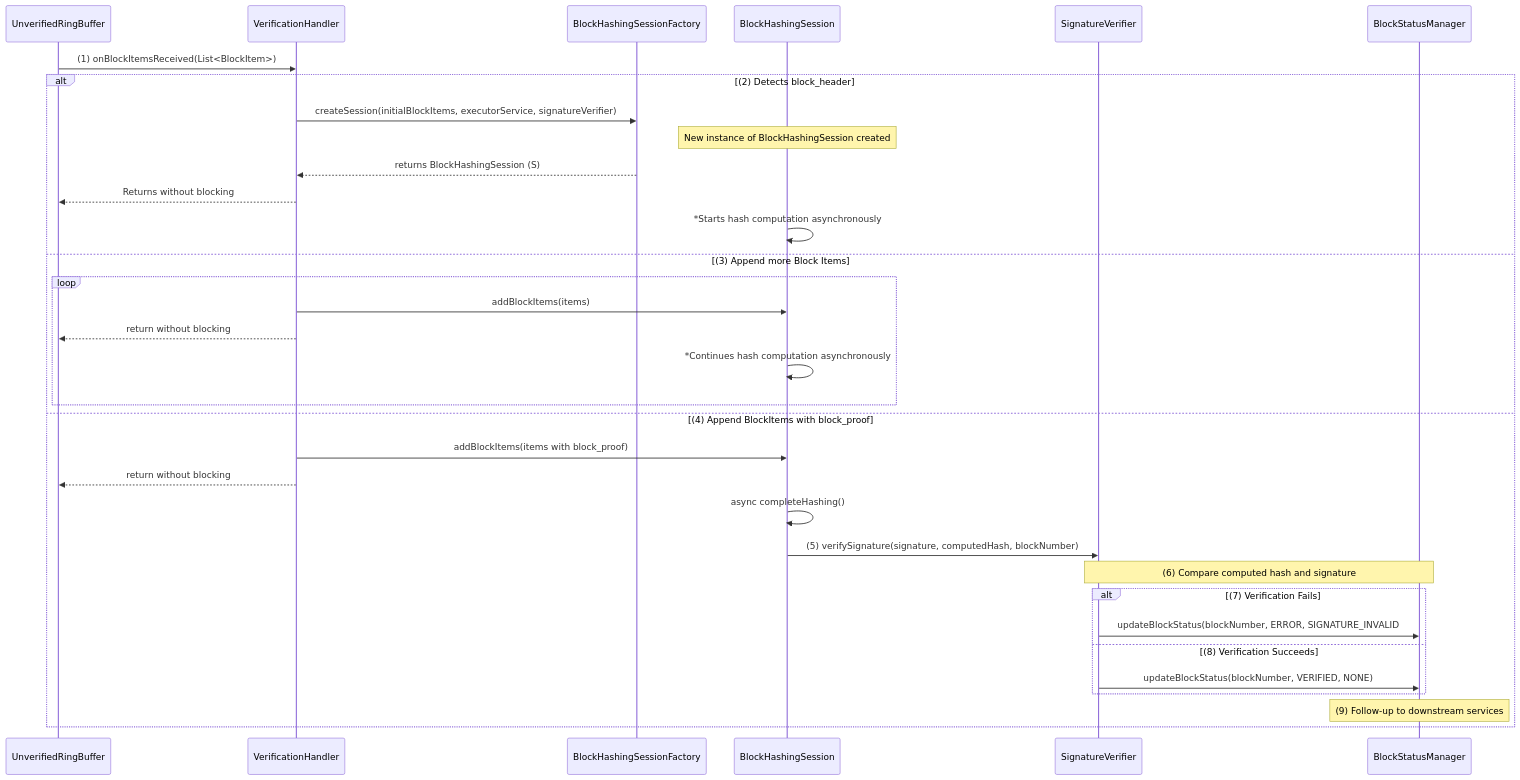
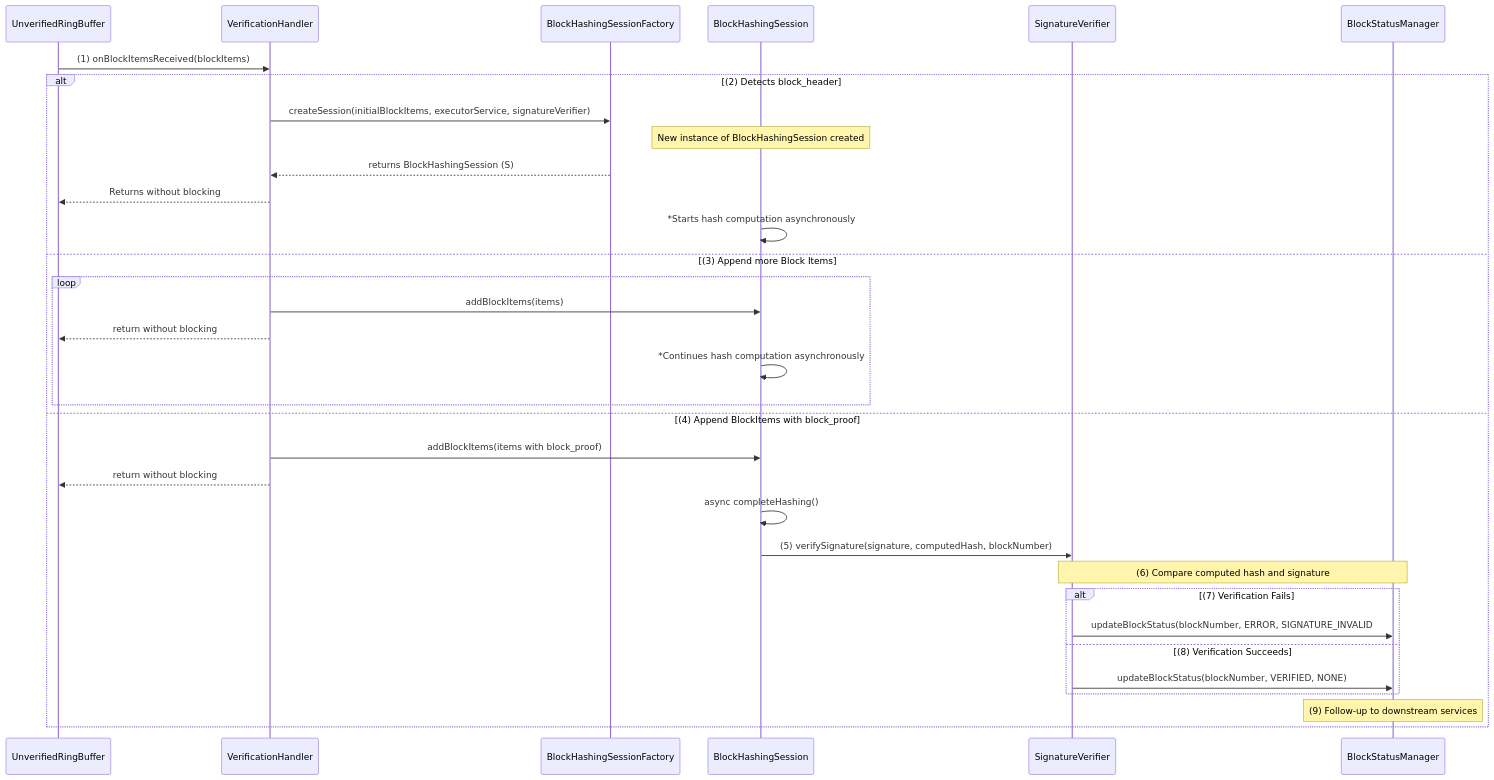
The diagram in server/docs/design/block-verification.md (hashgraph/hedera-block-node), drawn with Mermaid before and after one commit. The commit also changed other lines of this file, not shown here.

````diff
--- a/server/docs/design/block-verification.md
+++ b/server/docs/design/block-verification.md
@@ -63,47 +63,47 @@
 ```mermaid
 sequenceDiagram
     participant U as UnverifiedRingBuffer
     participant V as VerificationHandler
     participant F as BlockHashingSessionFactory
     participant S as BlockHashingSession
     participant U as UnverifiedRingBuffer
     participant V as VerificationHandler
     participant F as BlockHashingSessionFactory
     participant S as BlockHashingSession
     participant SV as SignatureVerifier
     participant BSM as BlockStatusManager
         
-    U->>V: (1) onBlockItemsReceived(List<BlockItem>)        
+    U->>V: (1) onBlockItemsReceived(blockItems)        
     
     alt (2) Detects block_header
     
     V->>F: createSession(initialBlockItems, executorService, signatureVerifier)
     Note over S: New instance of BlockHashingSession created
     F-->>V: returns BlockHashingSession (S)
     V-->>U: Returns without blocking
     S->>S: *Starts hash computation asynchronously
     
     else (3) Append more Block Items
     loop
     V->>S: addBlockItems(items)
     V-->>U: return without blocking
     S->>S: *Continues hash computation asynchronously
     end
 
     else (4) Append BlockItems with block_proof
    
     V->>S: addBlockItems(items with block_proof)
     V-->>U: return without blocking    
     S->>S: async completeHashing()   
     S->>SV: (5) verifySignature(signature, computedHash, blockNumber)    
 
     Note over SV,BSM: (6) Compare computed hash and signature
     alt (7) Verification Fails
       SV->>BSM: updateBlockStatus(blockNumber, ERROR, SIGNATURE_INVALID      
     else (8) Verification Succeeds
       SV->>BSM: updateBlockStatus(blockNumber, VERIFIED, NONE)      
     end
     Note over BSM: (9) Follow-up to downstream services
     end
 
 ```
````
